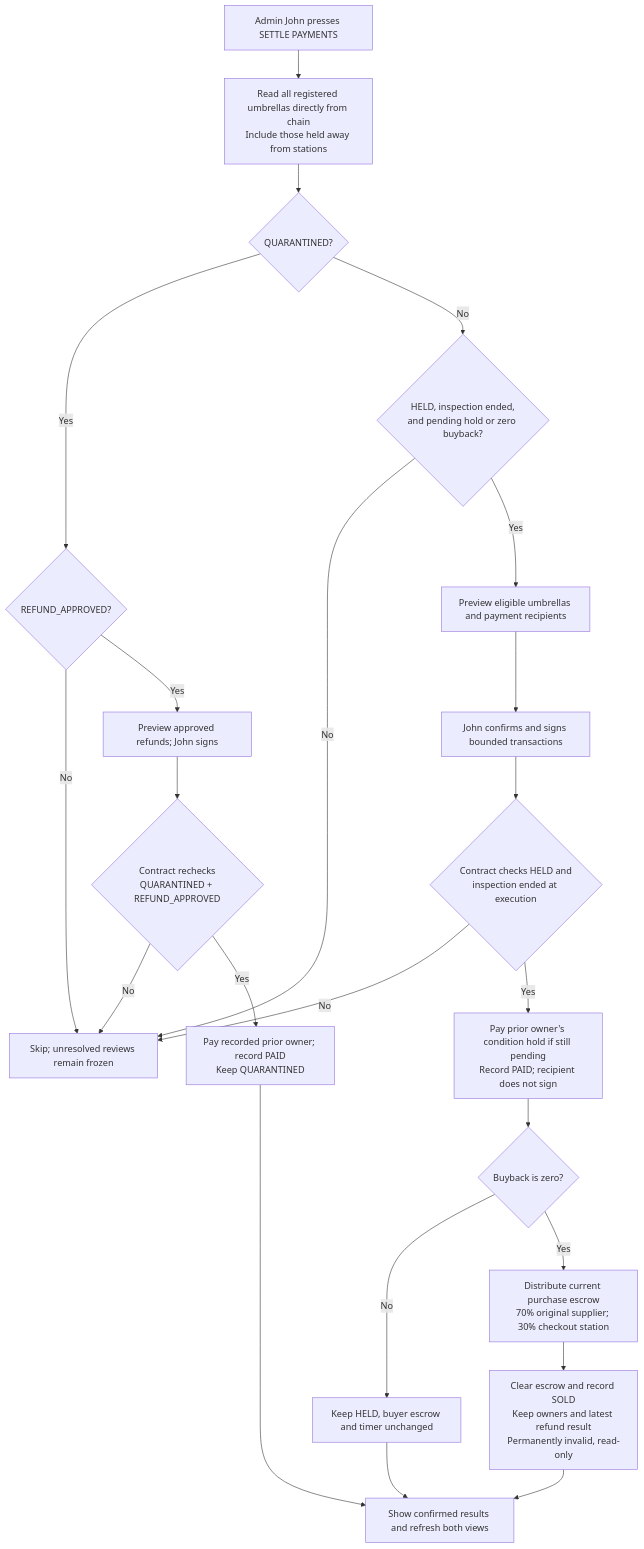
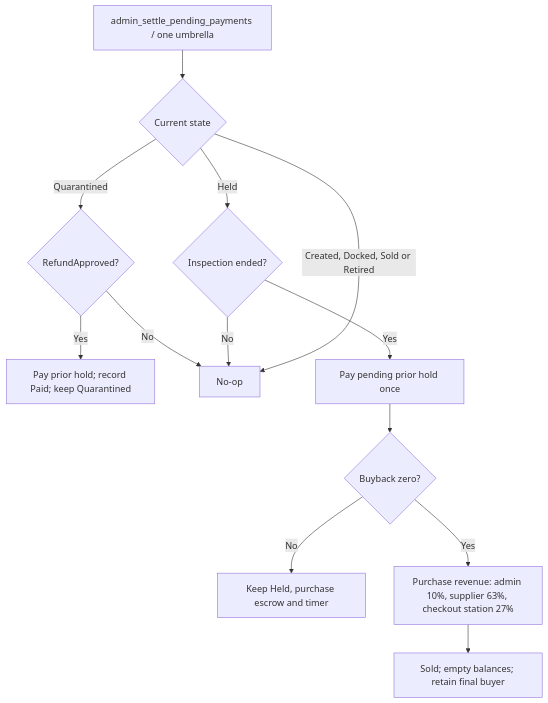
Before and after one commit to towa-hi/sui-kirisame: the third of 4 diagrams in docs/project-flows.md, drawn with Mermaid. The commit also changed other lines of this file and 11 other files, not shown here.

Commit message:
added admin_remove_station and the admin cut of the profits, added a constitution to keep track of incentives

````diff
--- a/docs/project-flows.md
+++ b/docs/project-flows.md
@@ -236,25 +41,15 @@
 ```mermaid
 flowchart TD
-    Button["Admin John presses SETTLE PAYMENTS"] --> Read["Read all registered umbrellas directly from chain<br/>Include those held away from stations"]
-    Read --> Review{"QUARANTINED?"}
-    Review -->|Yes| Approved{"REFUND_APPROVED?"}
-    Approved -->|No| Skip["Skip; unresolved reviews remain frozen"]
-    Approved -->|Yes| ReviewPreview["Preview approved refunds; John signs"]
-    ReviewPreview --> ReviewCheck{"Contract rechecks<br/>QUARANTINED + REFUND_APPROVED"}
-    ReviewCheck -->|No| Skip
-    ReviewCheck -->|Yes| Refund["Pay recorded prior owner; record PAID<br/>Keep QUARANTINED"]
-    Review -->|No| Eligible{"HELD, inspection ended,<br/>and pending hold or zero buyback?"}
-    Eligible -->|No| Skip
-    Eligible -->|Yes| Preview["Preview eligible umbrellas and payment recipients"]
-    Preview --> Sign["John confirms and signs bounded transactions"]
-    Sign --> Check{"Contract checks HELD and<br/>inspection ended at execution"}
-    Check -->|No| Skip
-    Check -->|Yes| Prior["Pay prior owner's condition hold if still pending<br/>Record PAID; recipient does not sign"]
-    Prior --> Buyback{"Buyback is zero?"}
-    Buyback -->|No| Held["Keep HELD, buyer escrow and timer unchanged"]
-    Buyback -->|Yes| Split["Distribute current purchase escrow<br/>70% original supplier; 30% checkout station"]
-    Split --> Sold["Clear escrow and record SOLD<br/>Keep owners and latest refund result<br/>Permanently invalid, read-only"]
-    Held --> Result["Show confirmed results and refresh both views"]
-    Sold --> Result
-    Refund --> Result
+    Sweep["admin_settle_pending_payments / one umbrella"] --> State{"Current state"}
+    State -->|Quarantined| Approved{"RefundApproved?"}
+    Approved -->|Yes| Refund["Pay prior hold; record Paid; keep Quarantined"]
+    Approved -->|No| Skip["No-op"]
+    State -->|Held| Deadline{"Inspection ended?"}
+    Deadline -->|No| Skip
+    Deadline -->|Yes| Prior["Pay pending prior hold once"]
+    Prior --> Zero{"Buyback zero?"}
+    Zero -->|No| Keep["Keep Held, purchase escrow and timer"]
+    Zero -->|Yes| Split["Purchase revenue: admin 10%, supplier 63%, checkout station 27%"]
+    Split --> Sold["Sold; empty balances; retain final buyer"]
+    State -->|Created, Docked, Sold or Retired| Skip
 ```
````
